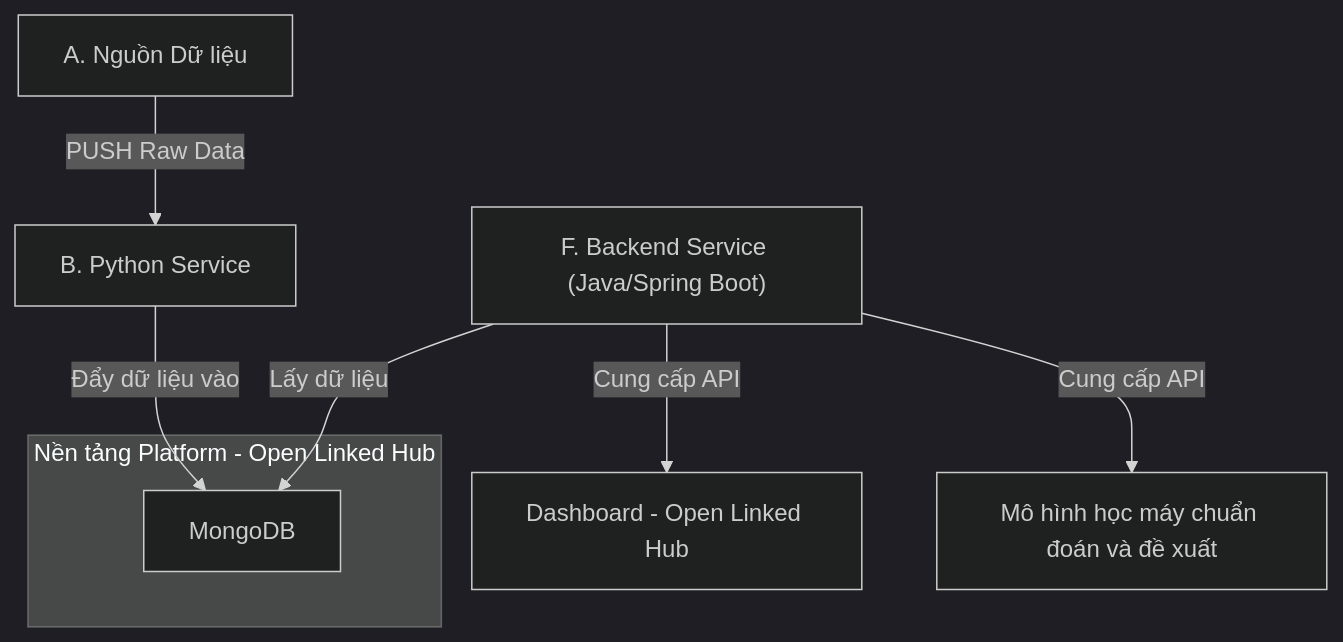
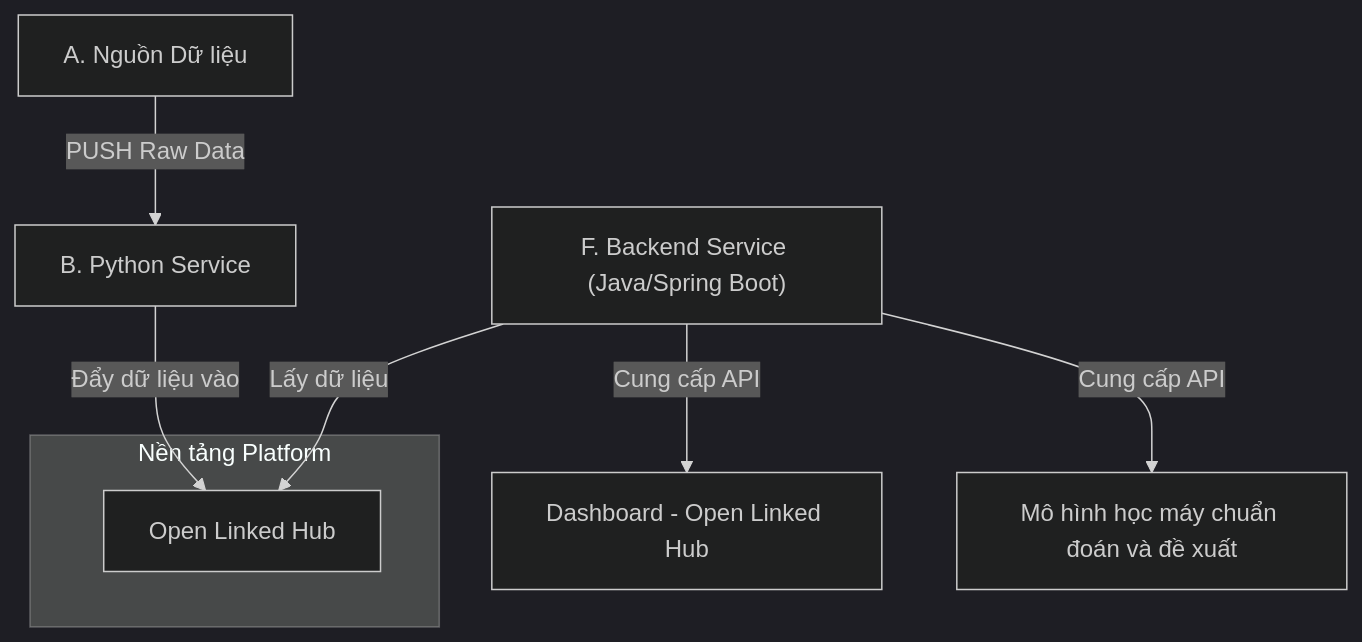
One commit to Haui-HIT-H2K/Ldx-Insight changed the diagram in README.md. Above: the diagram before and after it, drawn with Mermaid (dark theme).

````diff
--- a/README.md
+++ b/README.md
@@ -34,36 +34,36 @@
 ```mermaid
 graph TD;
     %% ---- 1. Nguồn ----
     A["A. Nguồn Dữ liệu"];
     
     %% ---- 2. Phân loại ----
     B["B. Python Service"];
     
     %% ---- 3. Cơ sở dữ liệu ----
-    subgraph "Nền tảng Platform - Open Linked Hub"
-        C["MongoDB"];
+    subgraph "Nền tảng Platform"
+        C["Open Linked Hub"];
     end
 
     %% ---- 4. Logic Backend (Ý tưởng của bạn) ----
     F["F. Backend Service (Java/Spring Boot)"];
 
 
     %% ---- 6. Ứng dụng Demo ----
     J[" Dashboard - Open Linked Hub"];
     K["Mô hình học máy chuẩn đoán và đề xuất"]
 
     %% ---- ĐỊNH NGHĨA LUỒNG DỮ LIỆU ----
     
     %% Luồng 1+2: PUSH & Route
     A -- "PUSH Raw Data" --> B;
     B -- "Đẩy dữ liệu vào" --> C;
 
     %% Luồng 3: PULL (Ý tưởng của bạn)
     F -- "Lấy dữ liệu" --> C;
 
     F -- "Cung cấp API" --> J;
     F -- "Cung cấp API" --> K;
     
 
     
 ```
````
